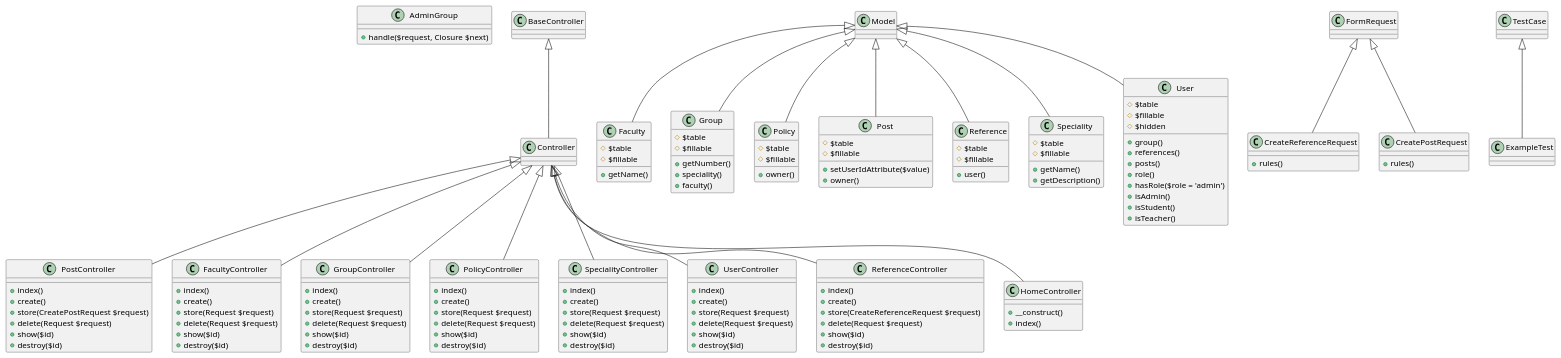
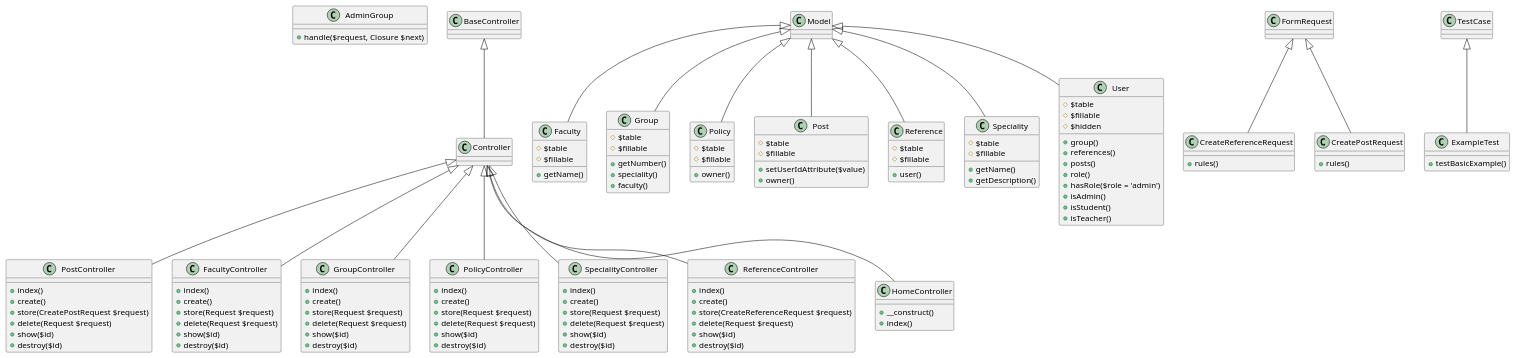
The diagram in Diagrams/Class.puml (Alexpechonov/my_website), drawn with PlantUML before and after one commit. The commit also changed 3 other files, not shown here.

Commit message:
Change diagrams

```diff
--- a/Diagrams/Class.puml
+++ b/Diagrams/Class.puml
@@ -1,141 +1,134 @@
 @startuml
 class AdminGroup{
 +handle($request, Closure $next)
 }
 class PostController extends Controller{
 +index()
 +create()
 +store(CreatePostRequest $request)
 +delete(Request $request)
 +show($id)
 +destroy($id)
 }
 
 class FacultyController extends Controller{
 +index()
 +create()
 +store(Request $request)
 +delete(Request $request)
 +show($id)
 +destroy($id)
 }
 
 class GroupController extends Controller{
 +index()
 +create()
 +store(Request $request)
 +delete(Request $request)
 +show($id)
 +destroy($id)
 }
 
 class PolicyController extends Controller{
 +index()
 +create()
 +store(Request $request)
 +delete(Request $request)
 +show($id)
 +destroy($id)
 }
 
 class SpecialityController extends Controller{
-+index()
-+create()
-+store(Request $request)
-+delete(Request $request)
-+show($id)
-+destroy($id)
-}
-
-class UserController extends Controller{
 +index()
 +create()
 +store(Request $request)
 +delete(Request $request)
 +show($id)
 +destroy($id)
 }
 
 class ReferenceController extends Controller{
 +index()
 +create()
 +store(CreateReferenceRequest $request)
 +delete(Request $request)
 +show($id)
 +destroy($id)
 }
 
 class Controller extends BaseController
 
 class HomeController extends Controller {
 +__construct()
 +index()
 }
 
 
 
 class Faculty extends Model{
 #$table
 #$fillable
 +getName()
 }
 class Group extends Model{
 #$table
 #$fillable
 +getNumber()
 +speciality()
 +faculty()
 }
 
 class Policy extends Model{
 #$table
 #$fillable
 +owner()
 }
 
 class Post extends Model{
 #$table
 #$fillable
 +setUserIdAttribute($value)
 +owner()
 }
 
 class Reference extends Model{
 #$table
 #$fillable
 +user()
 }
 
 class Speciality extends Model{
 #$table
 #$fillable
 +getName()
 +getDescription()
 }
 
 class User extends Model{
 #$table
 #$fillable
 #$hidden
 +group()
 +references()
 +posts()
 +role()
 +hasRole($role = 'admin')
 +isAdmin()
 +isStudent()
 +isTeacher()
 }
 
 
 class CreateReferenceRequest extends FormRequest{
 +rules()
 }
 
 class CreatePostRequest extends FormRequest{
 +rules()
 }
 
 
-class ExampleTest extends TestCase
+class ExampleTest extends TestCase{
++testBasicExample()
+}
 @enduml
```
